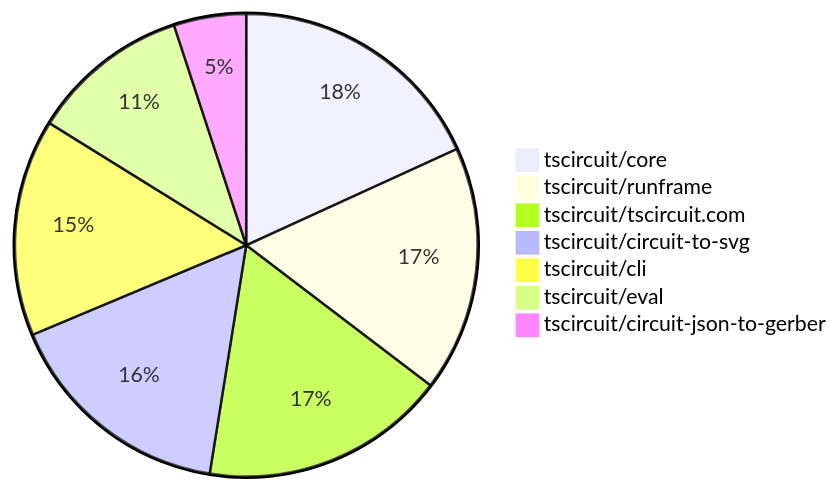
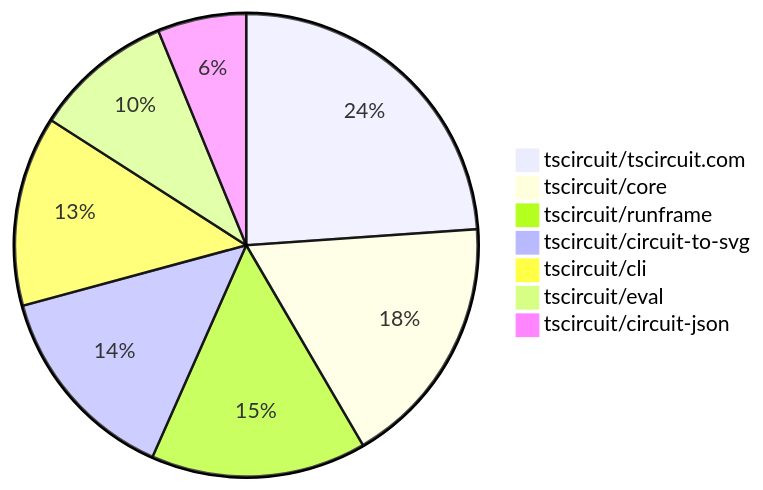
One commit to tscircuit/contribution-tracker changed the second of 2 diagrams in README.md. Above: the diagram before and after it, drawn with Mermaid. The commit also changed other lines of this file and 3 other files, not shown here.

````diff
--- a/README.md
+++ b/README.md
@@ -110,10 +115,10 @@
 ```mermaid
 pie
-    "tscircuit/core" : 18
+    "tscircuit/tscircuit.com" : 27
+    "tscircuit/core" : 20
     "tscircuit/runframe" : 17
-    "tscircuit/tscircuit.com" : 17
     "tscircuit/circuit-to-svg" : 16
     "tscircuit/cli" : 15
     "tscircuit/eval" : 11
-    "tscircuit/circuit-json-to-gerber" : 5
+    "tscircuit/circuit-json" : 7
 ```
````
